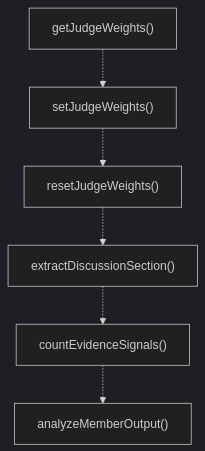
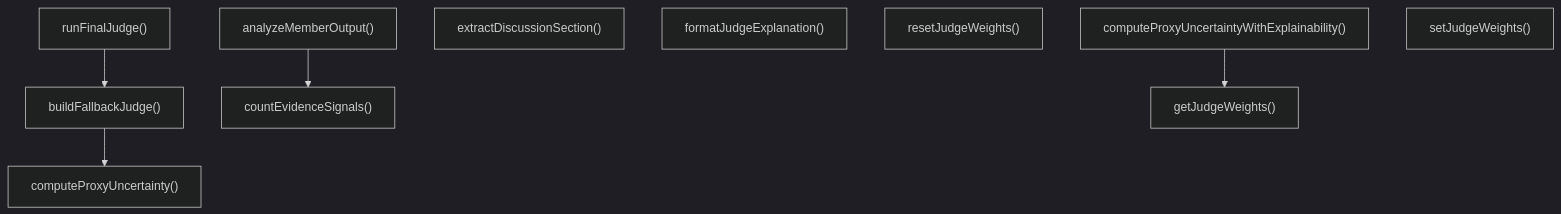
One commit to Mekann2904/mekann changed the third of 4 diagrams in ABDD/.pi/extensions/agent-teams/judge.md. Above: the diagram before and after it, drawn with Mermaid (dark theme). The commit also changed other lines of this file and 277 other files, not shown here.

````diff
--- a/ABDD/.pi/extensions/agent-teams/judge.md
+++ b/ABDD/.pi/extensions/agent-teams/judge.md
@@ -88,14 +88,18 @@
 ```mermaid
 flowchart TD
+  analyzeMemberOutput["analyzeMemberOutput()"]
+  buildFallbackJudge["buildFallbackJudge()"]
+  computeProxyUncertainty["computeProxyUncertainty()"]
+  computeProxyUncertaintyWithExplainability["computeProxyUncertaintyWithExplainability()"]
+  countEvidenceSignals["countEvidenceSignals()"]
+  extractDiscussionSection["extractDiscussionSection()"]
+  formatJudgeExplanation["formatJudgeExplanation()"]
   getJudgeWeights["getJudgeWeights()"]
+  resetJudgeWeights["resetJudgeWeights()"]
+  runFinalJudge["runFinalJudge()"]
   setJudgeWeights["setJudgeWeights()"]
-  resetJudgeWeights["resetJudgeWeights()"]
-  extractDiscussionSection["extractDiscussionSection()"]
-  countEvidenceSignals["countEvidenceSignals()"]
-  analyzeMemberOutput["analyzeMemberOutput()"]
-  getJudgeWeights -.-> setJudgeWeights
-  setJudgeWeights -.-> resetJudgeWeights
-  resetJudgeWeights -.-> extractDiscussionSection
-  extractDiscussionSection -.-> countEvidenceSignals
-  countEvidenceSignals -.-> analyzeMemberOutput
+  analyzeMemberOutput --> countEvidenceSignals
+  buildFallbackJudge --> computeProxyUncertainty
+  computeProxyUncertaintyWithExplainability --> getJudgeWeights
+  runFinalJudge --> buildFallbackJudge
 ```
````
